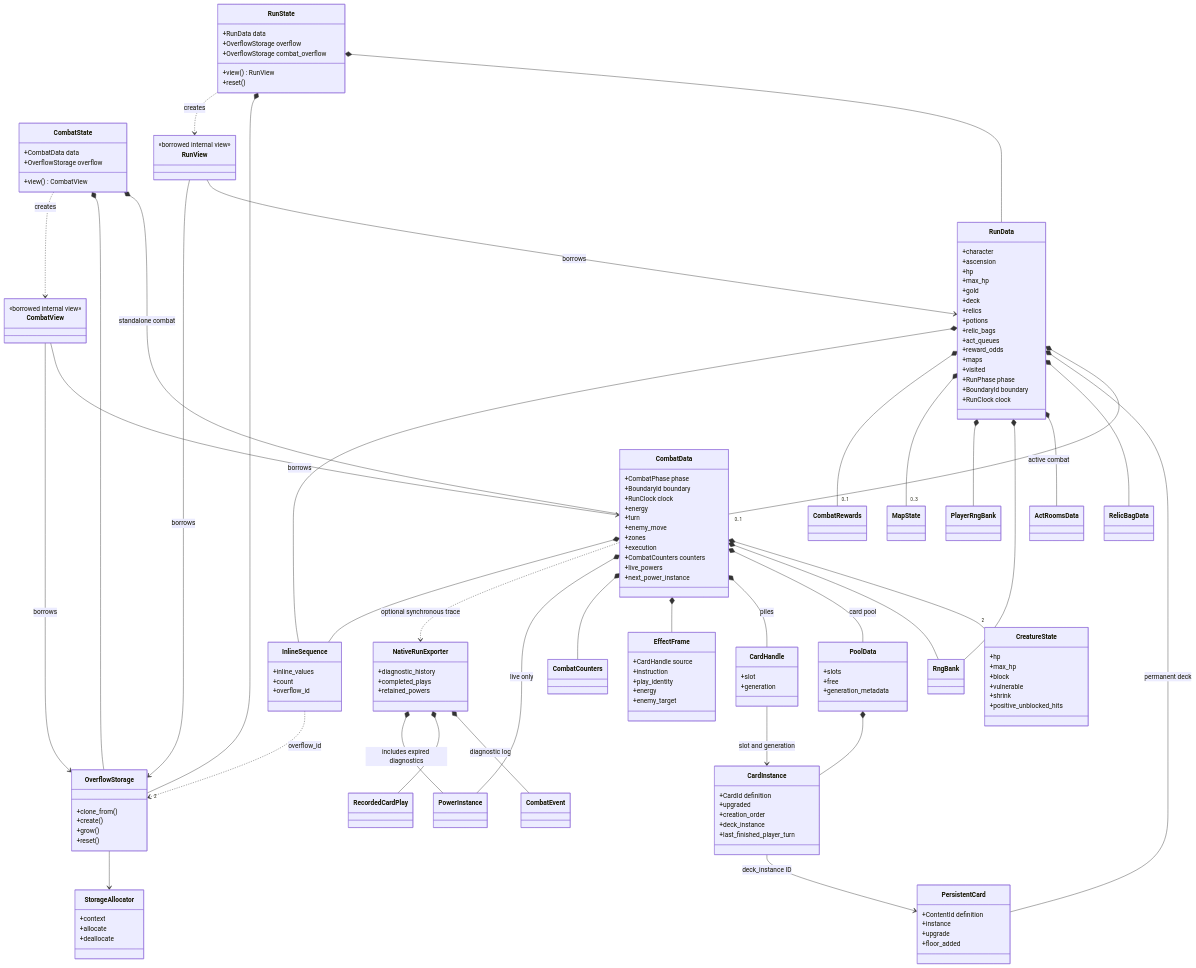
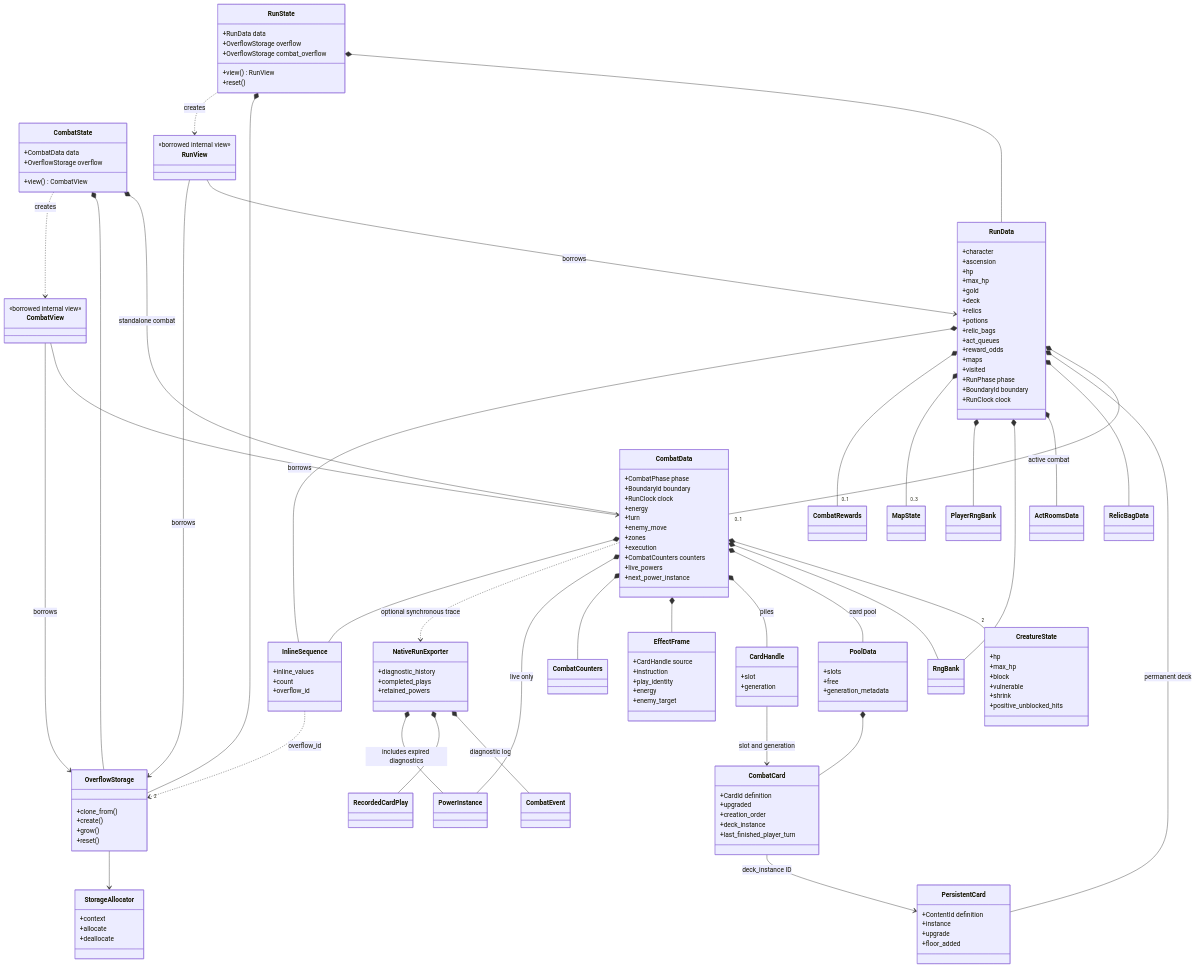
Before and after one commit to TonyinBio/sts2-cpp: the diagram in simulator-data-model.mmd, drawn with Mermaid. The commit also changed 94 other files, not shown here.

```diff
--- a/simulator-data-model.mmd
+++ b/simulator-data-model.mmd
@@ -1,162 +1,162 @@
 classDiagram
     direction TB
 
     class RunState {
         +RunData data
         +OverflowStorage overflow
         +OverflowStorage combat_overflow
         +view() RunView
         +reset()
     }
     class RunData {
         +character
         +ascension
         +hp
         +max_hp
         +gold
         +deck
         +relics
         +potions
         +relic_bags
         +act_queues
         +reward_odds
         +maps
         +visited
         +RunPhase phase
         +BoundaryId boundary
         +RunClock clock
     }
     class CombatState {
         +CombatData data
         +OverflowStorage overflow
         +view() CombatView
     }
     class CombatData {
         +CombatPhase phase
         +BoundaryId boundary
         +RunClock clock
         +energy
         +turn
         +enemy_move
         +zones
         +execution
         +CombatCounters counters
         +live_powers
         +next_power_instance
     }
     class CreatureState {
         +hp
         +max_hp
         +block
         +vulnerable
         +shrink
         +positive_unblocked_hits
     }
     class PersistentCard {
         +ContentId definition
         +instance
         +upgrade
         +floor_added
     }
-    class CardInstance {
+    class CombatCard {
         +CardId definition
         +upgraded
         +creation_order
         +deck_instance
         +last_finished_player_turn
     }
     class CardHandle {
         +slot
         +generation
     }
     class PoolData {
         +slots
         +free
         +generation_metadata
     }
     class EffectFrame {
         +CardHandle source
         +instruction
         +play_identity
         +energy
         +enemy_target
     }
     class CombatCounters
     class CombatEvent
     class RecordedCardPlay
     class PowerInstance
     class NativeRunExporter {
         +diagnostic_history
         +completed_plays
         +retained_powers
     }
     class CombatRewards
     class MapState
     class RelicBagData
     class ActRoomsData
     class RngBank
     class PlayerRngBank
 
     class InlineSequence {
         +inline_values
         +count
         +overflow_id
     }
     class OverflowStorage {
         +clone_from()
         +create()
         +grow()
         +reset()
     }
     class StorageAllocator {
         +context
         +allocate
         +deallocate
     }
     class RunView {
         <<borrowed internal view>>
     }
     class CombatView {
         <<borrowed internal view>>
     }
 
     RunState *-- RunData
     RunState *-- "2" OverflowStorage
     RunData *-- "0..1" CombatData : active combat
     RunData *-- PersistentCard : permanent deck
     RunData *-- RelicBagData
     RunData *-- ActRoomsData
     RunData *-- RngBank
     RunData *-- PlayerRngBank
     RunData *-- "0..3" MapState
     RunData *-- "0..1" CombatRewards
 
     CombatState *-- CombatData : standalone combat
     CombatState *-- OverflowStorage
     CombatData *-- "2" CreatureState
     CombatData *-- RngBank
     CombatData *-- PoolData : card pool
-    PoolData *-- CardInstance
+    PoolData *-- CombatCard
     CombatData *-- CardHandle : piles
-    CardHandle --> CardInstance : slot and generation
-    CardInstance --> PersistentCard : deck_instance ID
+    CardHandle --> CombatCard : slot and generation
+    CombatCard --> PersistentCard : deck_instance ID
 
     CombatData *-- EffectFrame
     CombatData *-- CombatCounters
     CombatData *-- PowerInstance : live only
     NativeRunExporter *-- CombatEvent : diagnostic log
     NativeRunExporter *-- RecordedCardPlay
     NativeRunExporter *-- PowerInstance : includes expired diagnostics
     CombatData ..> NativeRunExporter : optional synchronous trace
 
     RunData *-- InlineSequence
     CombatData *-- InlineSequence
     InlineSequence ..> OverflowStorage : overflow_id
     OverflowStorage --> StorageAllocator
 
     RunState ..> RunView : creates
     RunView --> RunData : borrows
     RunView --> OverflowStorage : borrows
     CombatState ..> CombatView : creates
     CombatView --> CombatData : borrows
     CombatView --> OverflowStorage : borrows
```
